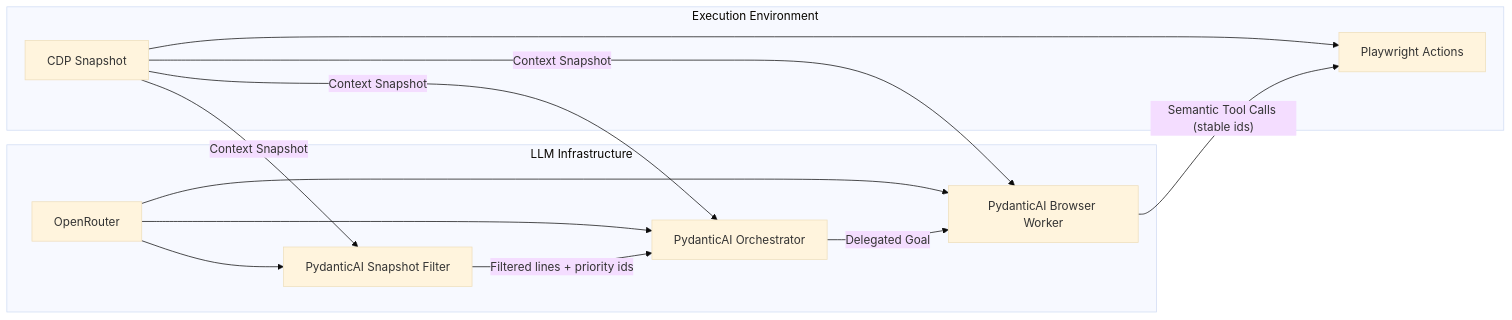
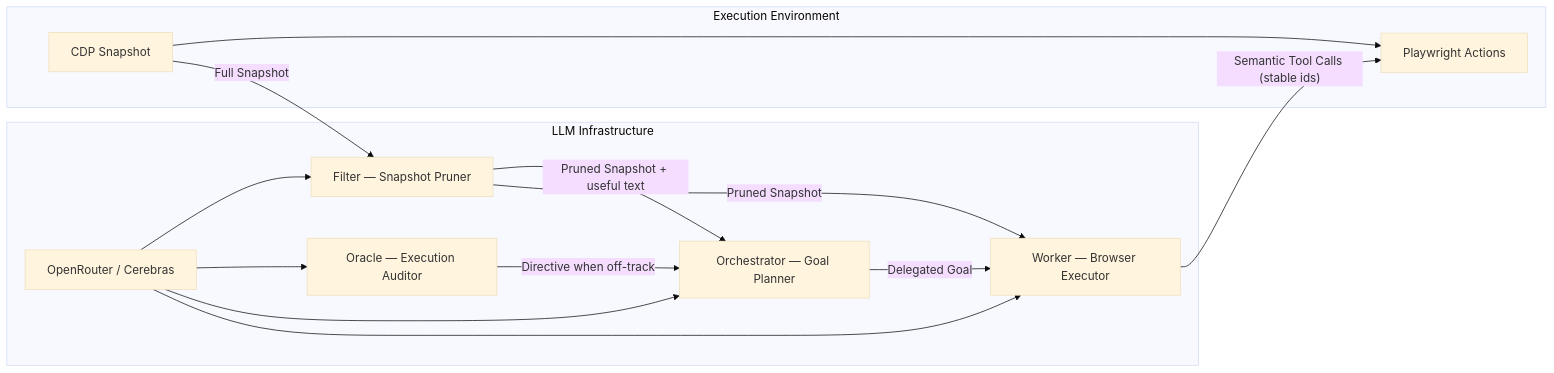
One commit to snehalyelmati/computer-use-perf changed the first of 2 diagrams in README.md. Above: the diagram before and after it, drawn with Mermaid (base theme). The commit also changed other lines of this file and 3 other files, not shown here.

First line of the commit message:
Update docs for agent architecture refactor

````diff
--- a/README.md
+++ b/README.md
@@ -9,25 +9,27 @@
 ```mermaid
 flowchart LR
     subgraph LLM[LLM Infrastructure]
-        OR[OpenRouter]
-        FILT[PydanticAI Snapshot Filter]
-        ORCH[PydanticAI Orchestrator]
-        WORK[PydanticAI Browser Worker]
+        OR[OpenRouter / Cerebras]
+        FILT[Filter — Snapshot Pruner]
+        ORAC[Oracle — Execution Auditor]
+        ORCH[Orchestrator — Goal Planner]
+        WORK[Worker — Browser Executor]
         OR --> FILT
+        OR --> ORAC
         OR --> ORCH
         OR --> WORK
     end
 
     subgraph Browser[Execution Environment]
         CDP[CDP Snapshot]
         PW[Playwright Actions]
         CDP --> PW
     end
 
-    CDP -->|Context Snapshot| FILT
-    FILT -->|Filtered lines + priority ids| ORCH
-    CDP -->|Context Snapshot| ORCH
-    CDP -->|Context Snapshot| WORK
+    CDP -->|Full Snapshot| FILT
+    FILT -->|Pruned Snapshot + useful text| ORCH
+    ORAC -->|Directive when off-track| ORCH
     ORCH -->|Delegated Goal| WORK
+    FILT -->|Pruned Snapshot| WORK
     WORK -->|"Semantic Tool Calls (stable ids)"| PW
 ```
````
